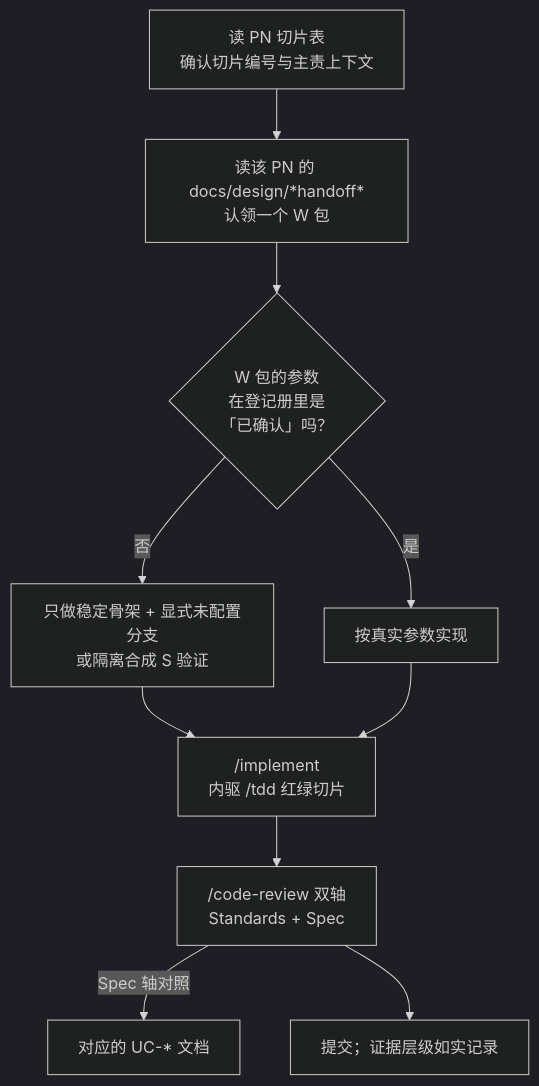
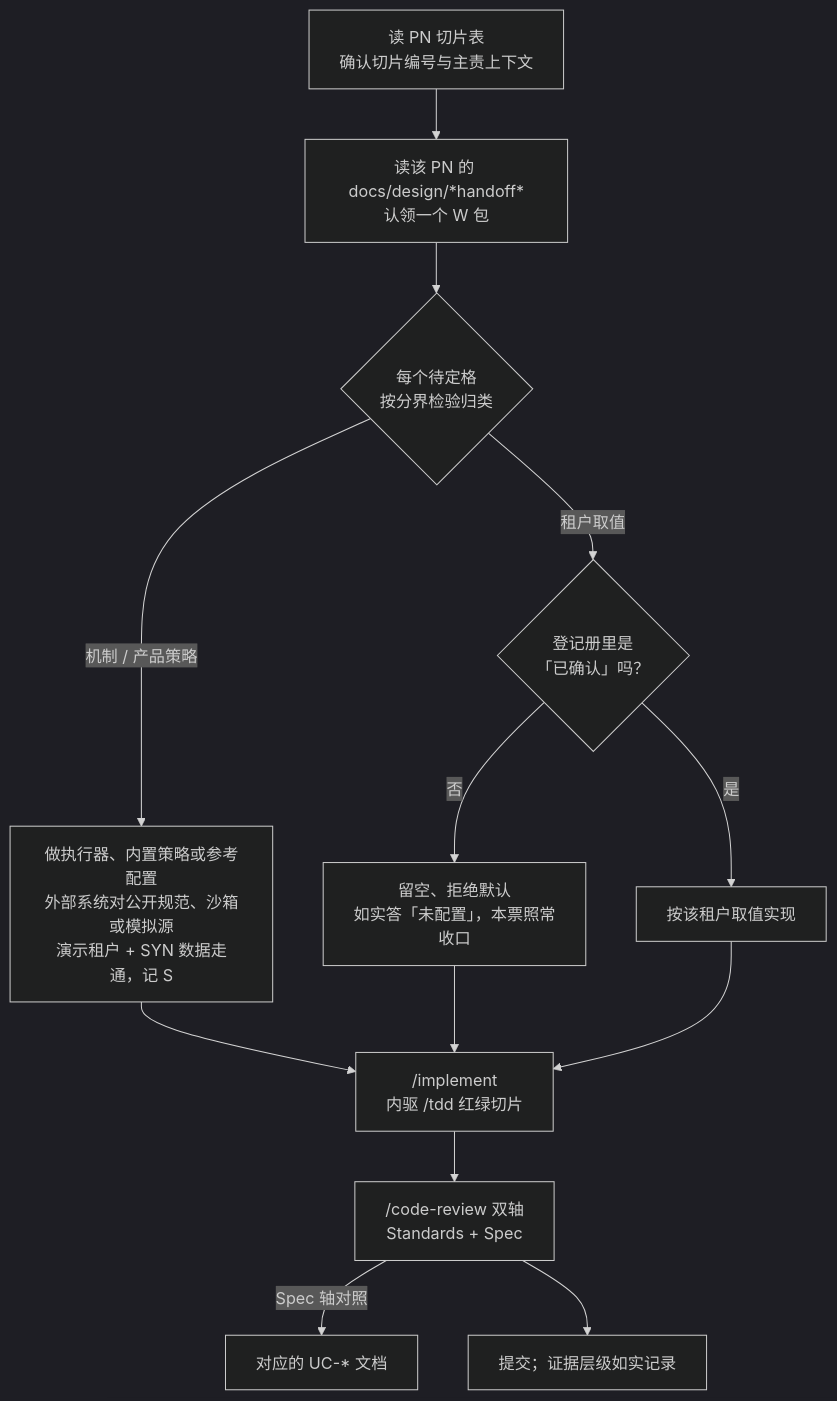
The diagram in docs/agents/workflow.md (idp-xyz/idp-parcel), drawn with Mermaid (dark theme) before and after one commit. The commit also changed other lines of this file and 5 other files, not shown here.

````diff
--- a/docs/agents/workflow.md
+++ b/docs/agents/workflow.md
@@ -35,12 +35,15 @@
 ```mermaid
 flowchart TD
     slice["读 PN 切片表<br/>确认切片编号与主责上下文"] --> pack["读该 PN 的 docs/design/*handoff*<br/>认领一个 W 包"]
-    pack --> confirmed{"W 包的参数<br/>在登记册里是<br/>「已确认」吗？"}
-    confirmed -- 否 --> skeleton["只做稳定骨架 + 显式未配置分支<br/>或隔离合成 S 验证"]
-    confirmed -- 是 --> real["按真实参数实现"]
-    skeleton --> implement["/implement<br/>内驱 /tdd 红绿切片"]
+    pack --> classify{"每个待定格<br/>按分界检验归类"}
+    classify -- 机制 / 产品策略 --> build["做执行器、内置策略或参考配置<br/>外部系统对公开规范、沙箱或模拟源<br/>演示租户 + SYN 数据走通，记 S"]
+    classify -- 租户取值 --> confirmed{"登记册里是<br/>「已确认」吗？"}
+    confirmed -- 否 --> unconfigured["留空、拒绝默认<br/>如实答「未配置」，本票照常收口"]
+    confirmed -- 是 --> real["按该租户取值实现"]
+    build --> implement["/implement<br/>内驱 /tdd 红绿切片"]
+    unconfigured --> implement
     real --> implement
     implement --> review["/code-review 双轴<br/>Standards + Spec"]
     review -- Spec 轴对照 --> usecase["对应的 UC-* 文档"]
     review --> commit["提交；证据层级如实记录"]
 ```
````
